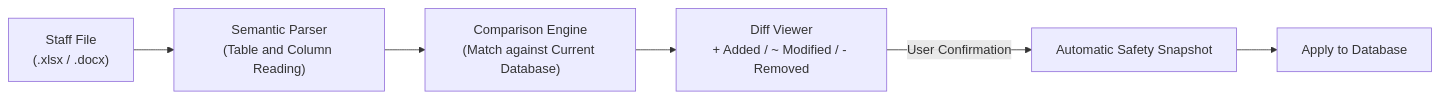
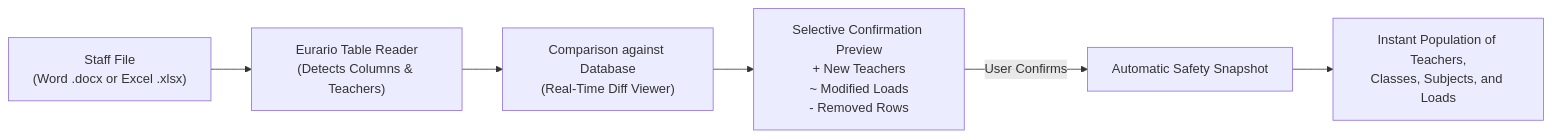
Before and after one commit to carlorigoni/eurario: the second of 2 diagrams in docs/en/getting-started.md, drawn with Mermaid. The commit also changed other lines of this file and 7 other files, not shown here.

````diff
--- a/docs/en/getting-started.md
+++ b/docs/en/getting-started.md
@@ -186,8 +128,8 @@
 ```mermaid
 flowchart LR
-    File["Staff File\n(.xlsx / .docx)"] --> Parser["Semantic Parser\n(Table and Column Reading)"]
-    Parser --> Matcher["Comparison Engine\n(Match against Current Database)"]
-    Matcher --> DiffModal["Diff Viewer\n+ Added / ~ Modified / - Removed"]
-    DiffModal -->|"User Confirmation"| AutoSnapshot["Automatic Safety Snapshot"]
-    AutoSnapshot --> Apply["Apply to Database"]
+    File["Staff File\n(Word .docx or Excel .xlsx)"] --> Reader["Eurario Table Reader\n(Detects Columns & Teachers)"]
+    Reader --> DiffEngine["Comparison against Database\n(Real-Time Diff Viewer)"]
+    DiffEngine --> VisualModal["Selective Confirmation Preview\n+ New Teachers\n~ Modified Loads\n- Removed Rows"]
+    VisualModal -->|"User Confirms"| SafetySnap["Automatic Safety Snapshot"]
+    SafetySnap --> DatabaseUpdate["Instant Population of Teachers,\nClasses, Subjects, and Loads"]
 ```
````
